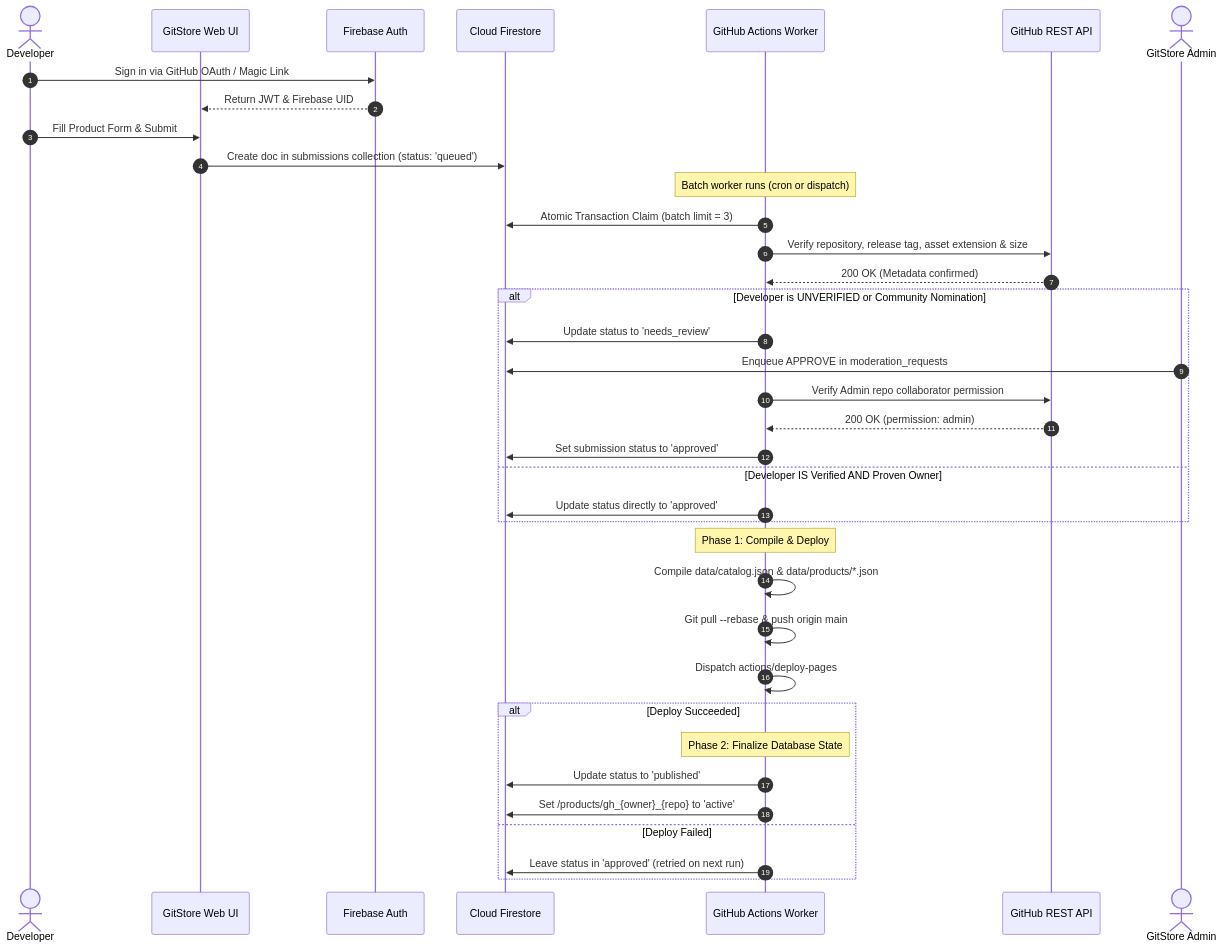
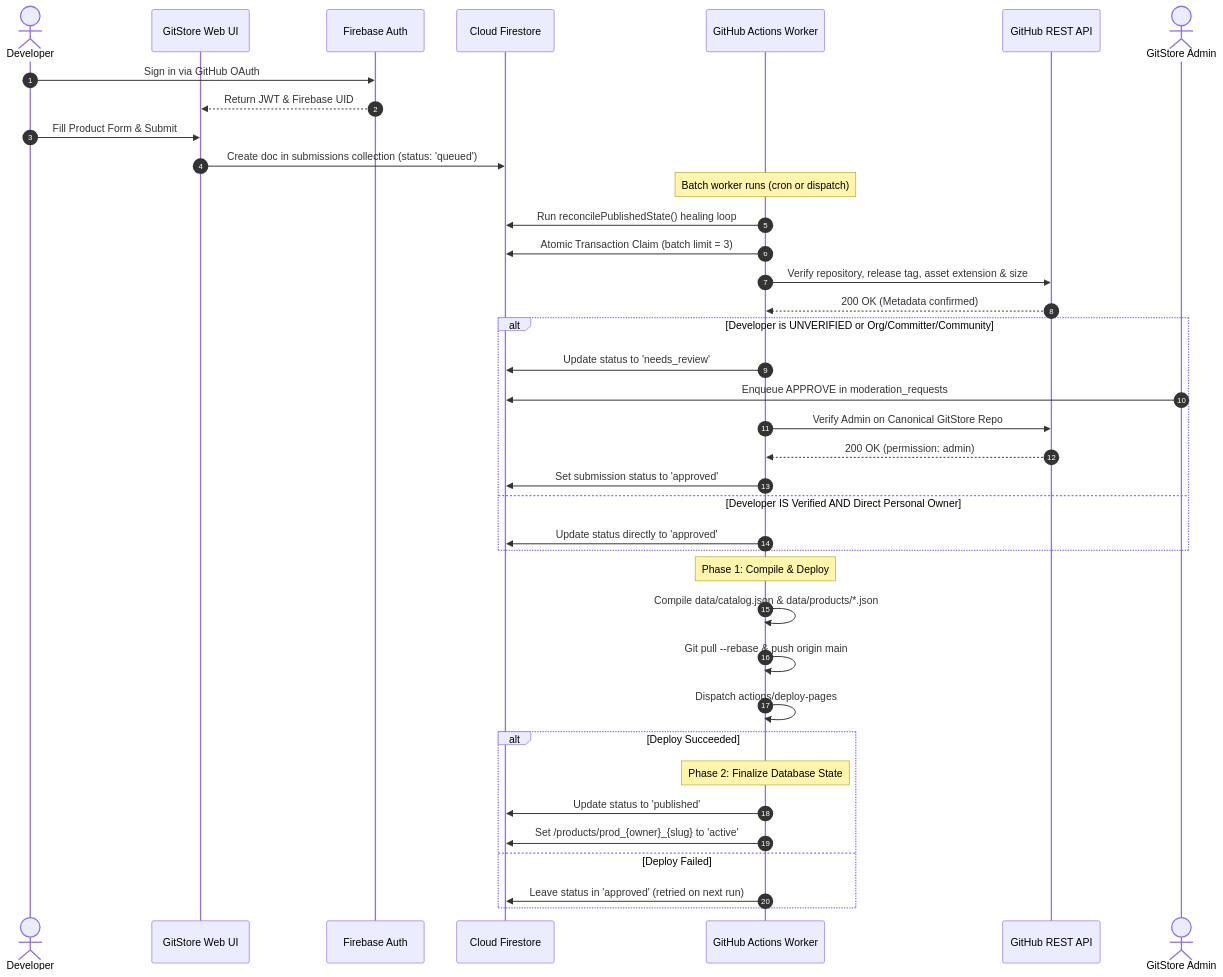
Before and after one commit to Rohitpvt/GitStore: the third of 4 diagrams in docs/SDD.md, drawn with Mermaid. The commit also changed other lines of this file and 13 other files, not shown here.

First line of the commit message:
docs(phase-0.1.1): resolve critical architectural corrections

````diff
--- a/docs/SDD.md
+++ b/docs/SDD.md
@@ -119,40 +120,41 @@
 ```mermaid
 sequenceDiagram
     autonumber
     actor Dev as Developer
     participant Client as GitStore Web UI
     participant Auth as Firebase Auth
     participant DB as Cloud Firestore
     participant Worker as GitHub Actions Worker
     participant GHAPI as GitHub REST API
     actor Admin as GitStore Admin
 
-    Dev->>Auth: Sign in via GitHub OAuth / Magic Link
+    Dev->>Auth: Sign in via GitHub OAuth
     Auth-->>Client: Return JWT & Firebase UID
     Dev->>Client: Fill Product Form & Submit
     Client->>DB: Create doc in submissions collection (status: 'queued')
     Note over Worker: Batch worker runs (cron or dispatch)
+    Worker->>DB: Run reconcilePublishedState() healing loop
     Worker->>DB: Atomic Transaction Claim (batch limit = 3)
     Worker->>GHAPI: Verify repository, release tag, asset extension & size
     GHAPI-->>Worker: 200 OK (Metadata confirmed)
-    alt Developer is UNVERIFIED or Community Nomination
+    alt Developer is UNVERIFIED or Org/Committer/Community
         Worker->>DB: Update status to 'needs_review'
         Admin->>DB: Enqueue APPROVE in moderation_requests
-        Worker->>GHAPI: Verify Admin repo collaborator permission
+        Worker->>GHAPI: Verify Admin on Canonical GitStore Repo
         GHAPI-->>Worker: 200 OK (permission: admin)
         Worker->>DB: Set submission status to 'approved'
-    else Developer IS Verified AND Proven Owner
+    else Developer IS Verified AND Direct Personal Owner
         Worker->>DB: Update status directly to 'approved'
     end
     Note over Worker: Phase 1: Compile & Deploy
     Worker->>Worker: Compile data/catalog.json & data/products/*.json
     Worker->>Worker: Git pull --rebase & push origin main
     Worker->>Worker: Dispatch actions/deploy-pages
     alt Deploy Succeeded
         Note over Worker: Phase 2: Finalize Database State
         Worker->>DB: Update status to 'published'
-        Worker->>DB: Set /products/gh_{owner}_{repo} to 'active'
+        Worker->>DB: Set /products/prod_{owner}_{slug} to 'active'
     else Deploy Failed
         Worker->>DB: Leave status in 'approved' (retried on next run)
     end
 ```
````
